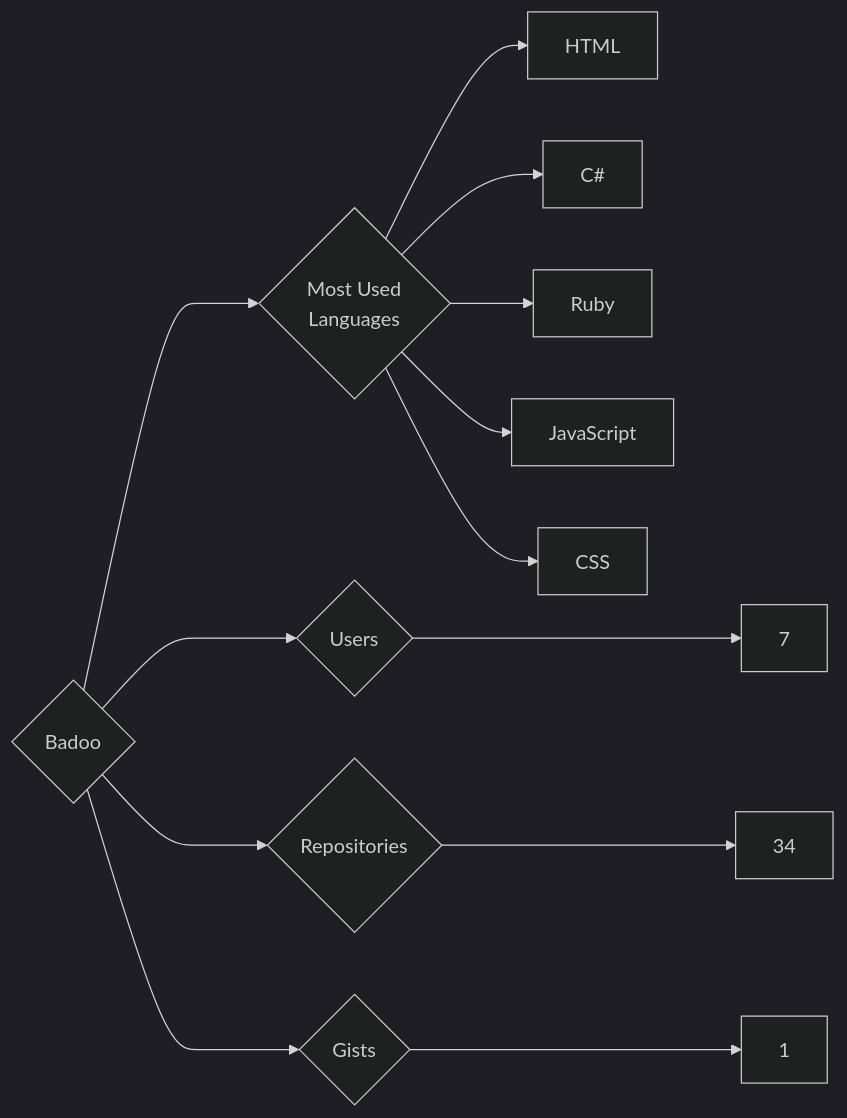
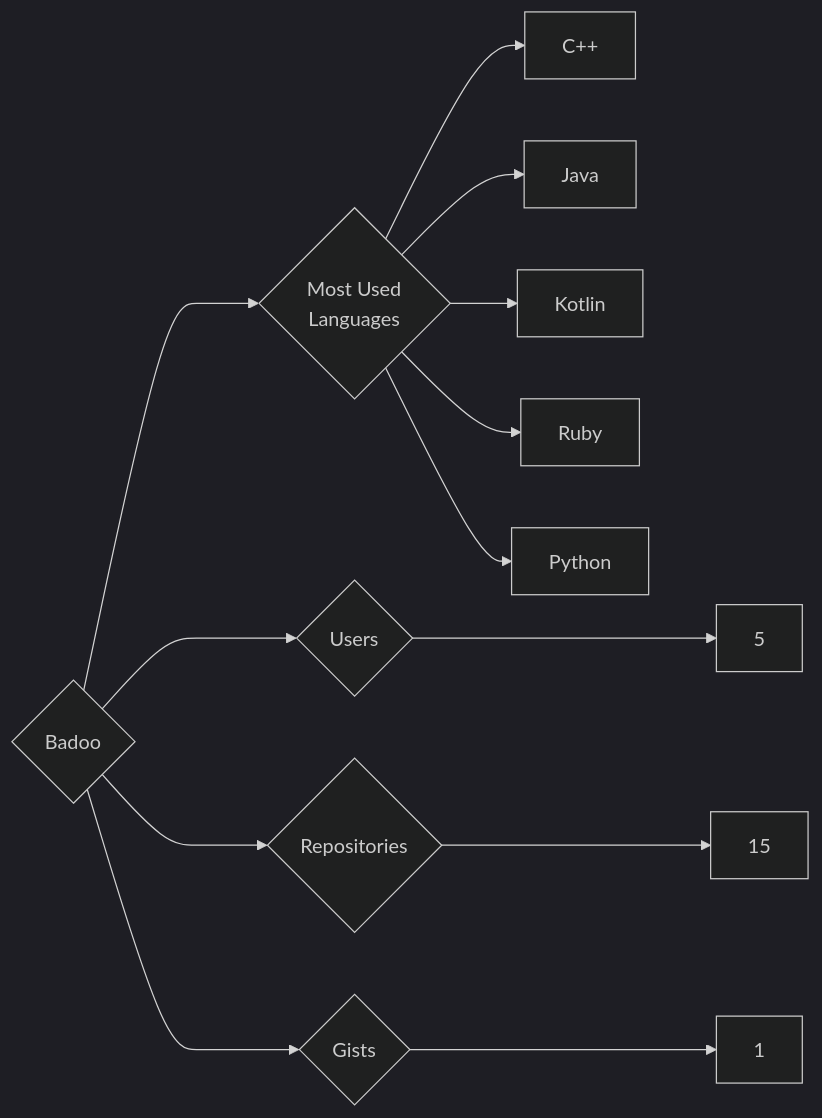
One commit to trickest/insiders changed the diagram in targets/Badoo/README.md. Above: the diagram before and after it, drawn with Mermaid (dark theme). The commit also changed 1084 other files, not shown here.

````diff
--- a/targets/Badoo/README.md
+++ b/targets/Badoo/README.md
@@ -3,13 +3,13 @@
 ```mermaid
 graph LR
 COMPANY_NAME{Badoo}
-COMPANY_NAME ---> U{Users} ---> UN[7]
-COMPANY_NAME ---> R{Repositories} ---> RN[34]
+COMPANY_NAME ---> U{Users} ---> UN[5]
+COMPANY_NAME ---> R{Repositories} ---> RN[15]
 COMPANY_NAME ---> G{Gists} ---> GN[1]
 COMPANY_NAME ---> ML{Most Used<br>Languages}
-ML --> HTML[HTML]
-ML --> C#[C#]
+ML --> C++[C++]
+ML --> Java[Java]
+ML --> Kotlin[Kotlin]
 ML --> Ruby[Ruby]
-ML --> JavaScript[JavaScript]
-ML --> CSS[CSS]
+ML --> Python[Python]
 ```
````
